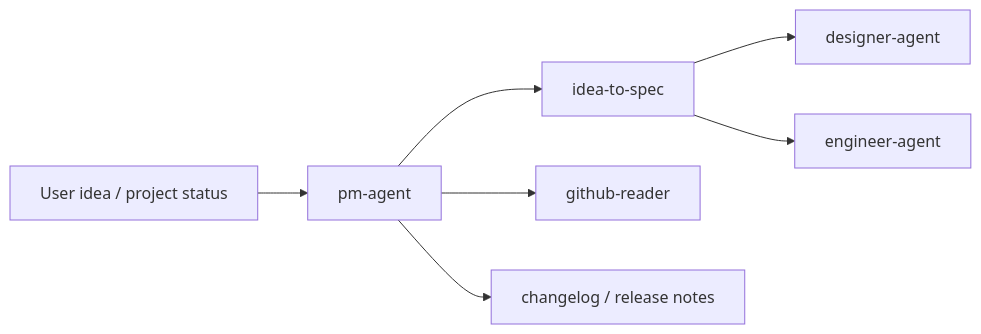
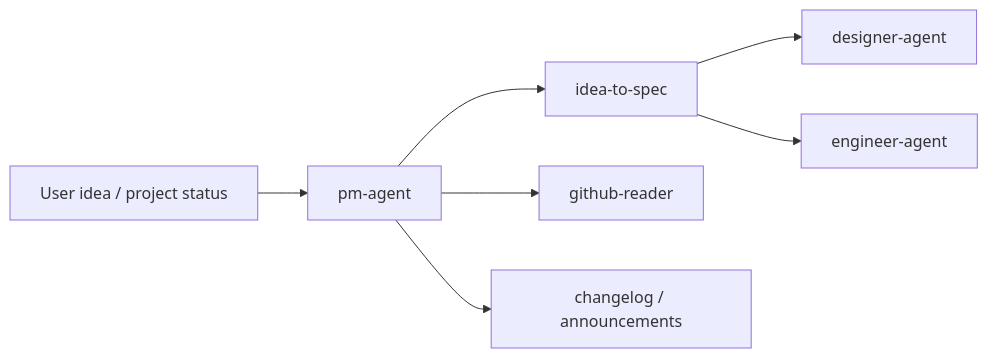
Before and after one commit to Neplich/dev-agent-skills: the diagram in agents/product_manager/README.md, drawn with Mermaid. The commit also changed other lines of this file and 197 other files, not shown here.

First line of the commit message:
feat: 新增 docs-agent 站内 release-notes-generator specialist (#126)

````diff
--- a/agents/product_manager/README.md
+++ b/agents/product_manager/README.md
@@ -50,9 +52,9 @@
 ```mermaid
 flowchart LR
     Idea["User idea / project status"] --> PM["pm-agent"]
     PM --> Spec["idea-to-spec"]
     PM --> GitHub["github-reader"]
-    PM --> Release["changelog / release notes"]
+    PM --> Release["changelog / announcements"]
     Spec --> Designer["designer-agent"]
     Spec --> Engineer["engineer-agent"]
 ```
````
